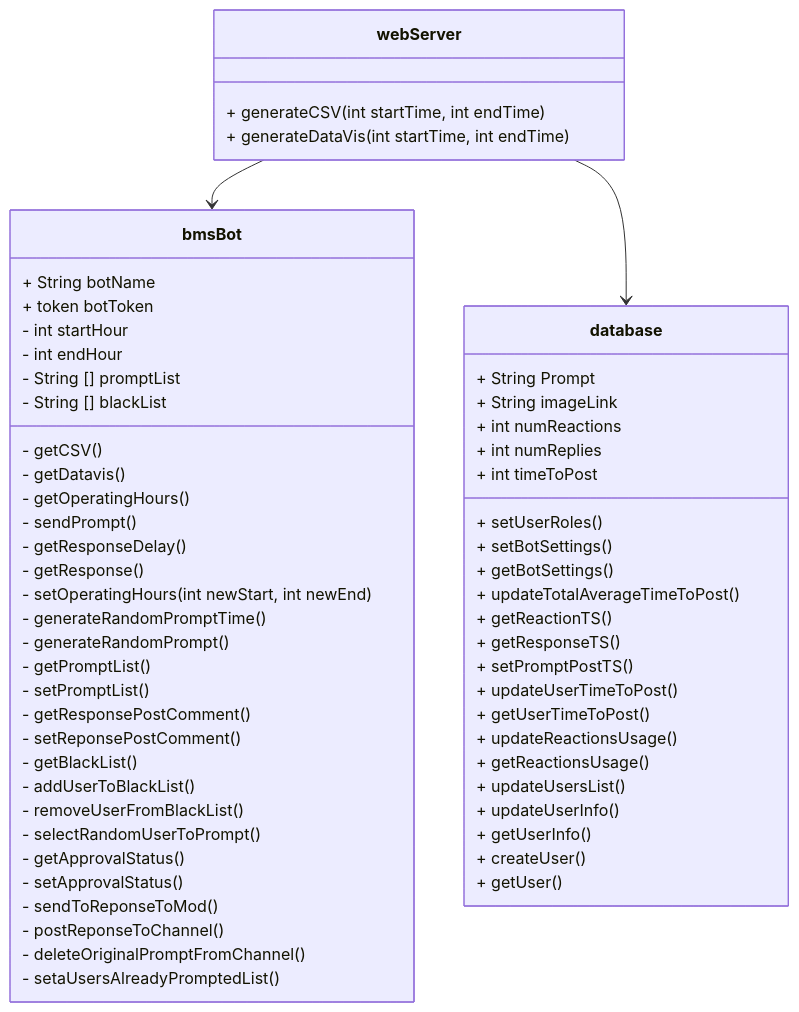
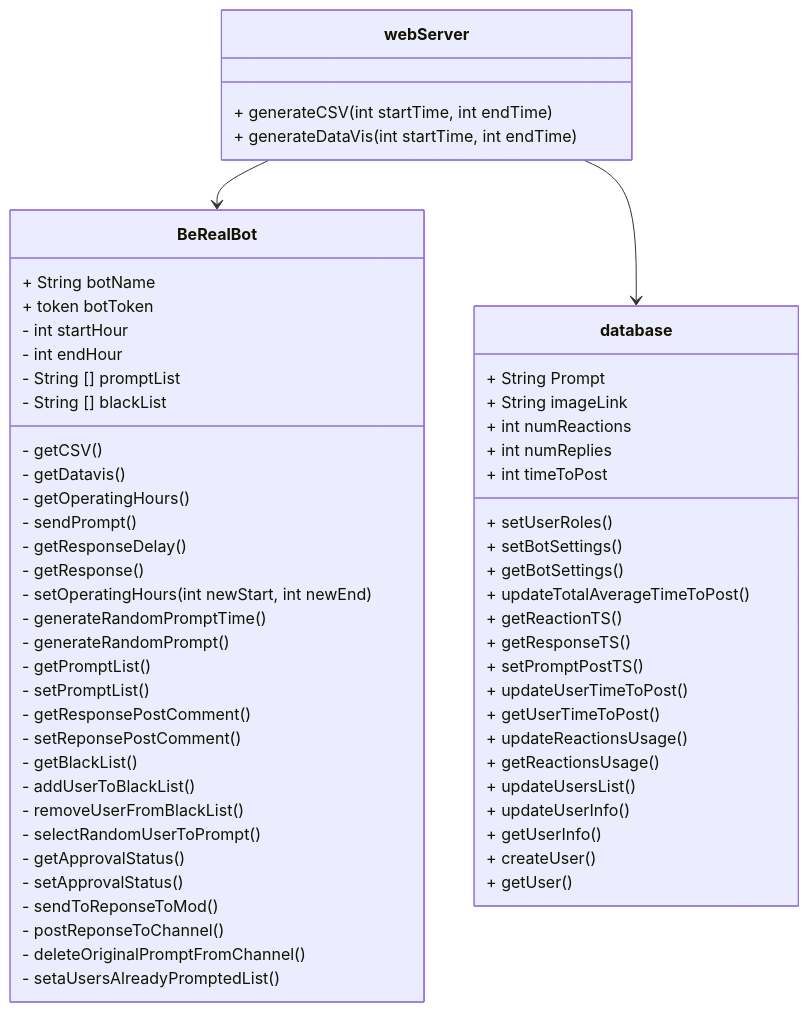
Before and after one commit to Capstone-Projects-2023-Fall/project-bereal-meets-slack: the first of 2 diagrams in documentation/docs/system-architecture/design.md, drawn with Mermaid. The commit also changed other lines of this file and 9 other files, not shown here.

````diff
--- a/documentation/docs/system-architecture/design.md
+++ b/documentation/docs/system-architecture/design.md
@@ -25,64 +25,64 @@
 ```mermaid
 classDiagram
-webServer --> bmsBot
+webServer --> BeRealBot
 webServer --> database
 class webServer{
   + generateCSV(int startTime, int endTime)
   + generateDataVis(int startTime, int endTime)
 }
-class bmsBot{
+class BeRealBot{
   + String botName
   + token botToken
   - int startHour
   - int endHour
   - String [] promptList
   - String [] blackList
   - getCSV()
   - getDatavis()
   - getOperatingHours()
   - sendPrompt()
   - getResponseDelay()
   - getResponse()
   - setOperatingHours(int newStart, int newEnd)
   - generateRandomPromptTime()
   - generateRandomPrompt()
   - getPromptList()
   - setPromptList()
   - getResponsePostComment()
   - setReponsePostComment()
   - getBlackList()
   - addUserToBlackList()
   - removeUserFromBlackList()
   - selectRandomUserToPrompt()
   - getApprovalStatus()
   - setApprovalStatus()
   - sendToReponseToMod()
   - postReponseToChannel()
   - deleteOriginalPromptFromChannel()
   - setaUsersAlreadyPromptedList()
 }
 class database{
   + String Prompt
   + String imageLink
   + int numReactions
   + int numReplies
   + int timeToPost 
   + setUserRoles()
   + setBotSettings()
   + getBotSettings()
   + updateTotalAverageTimeToPost()
   + getReactionTS()
   + getResponseTS()
   + setPromptPostTS()
   + updateUserTimeToPost()
   + getUserTimeToPost()
   + updateReactionsUsage()
   + getReactionsUsage()
   + updateUsersList()
   + updateUserInfo()
   + getUserInfo()
   + createUser()
   + getUser()
 
 }
 ```
````
